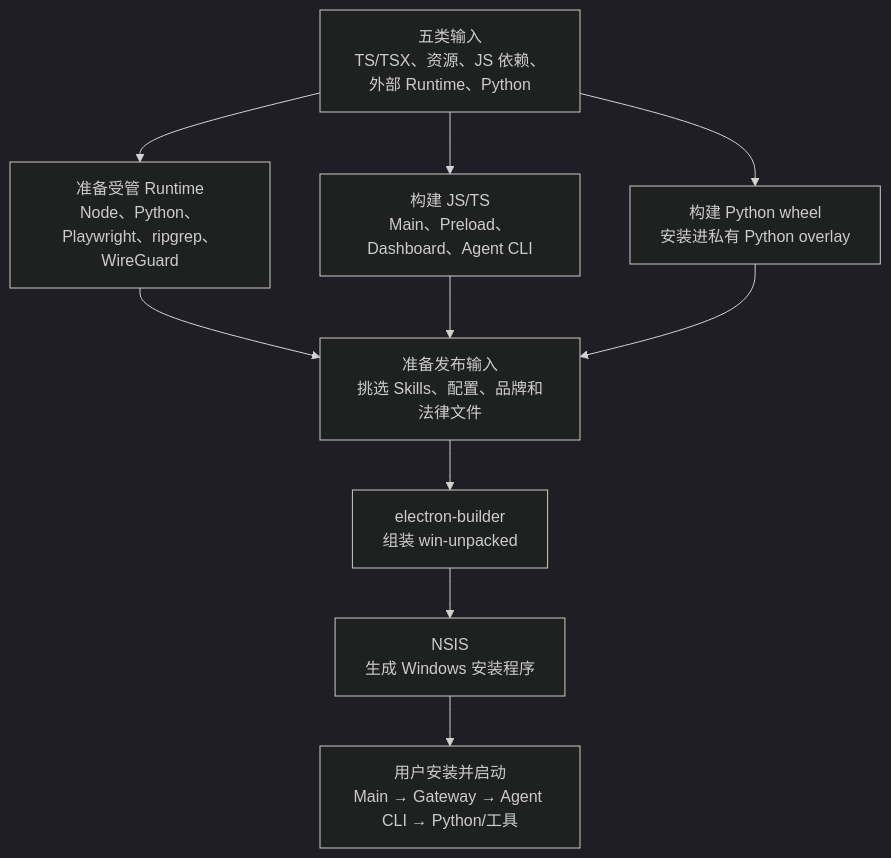
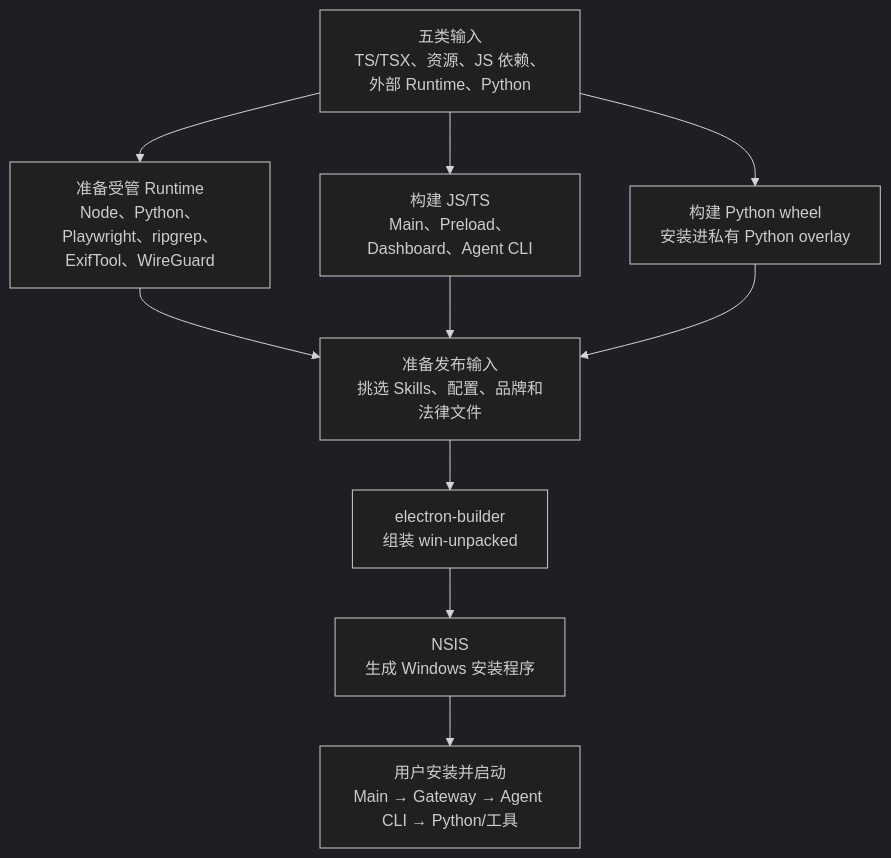
Before and after one commit to LXE123/LXE_AGENT: the first of 2 diagrams in docs/desktop/packaging-pipeline.md, drawn with Mermaid (dark theme). The commit also changed other lines of this file and 36 other files, not shown here.

````diff
--- a/docs/desktop/packaging-pipeline.md
+++ b/docs/desktop/packaging-pipeline.md
@@ -124,21 +125,21 @@
 ```mermaid
 flowchart TD
     SOURCE["五类输入<br/>TS/TSX、资源、JS 依赖、外部 Runtime、Python"]
-    RUNTIME["准备受管 Runtime<br/>Node、Python、Playwright、ripgrep、WireGuard"]
+    RUNTIME["准备受管 Runtime<br/>Node、Python、Playwright、ripgrep、ExifTool、WireGuard"]
     JS["构建 JS/TS<br/>Main、Preload、Dashboard、Agent CLI"]
     PY["构建 Python wheel<br/>安装进私有 Python overlay"]
     INPUTS["准备发布输入<br/>挑选 Skills、配置、品牌和法律文件"]
     BUILDER["electron-builder<br/>组装 win-unpacked"]
     NSIS["NSIS<br/>生成 Windows 安装程序"]
     RUN["用户安装并启动<br/>Main → Gateway → Agent CLI → Python/工具"]
 
     SOURCE --> RUNTIME
     SOURCE --> JS
     SOURCE --> PY
     RUNTIME --> INPUTS
     JS --> INPUTS
     PY --> INPUTS
     INPUTS --> BUILDER
     BUILDER --> NSIS
     NSIS --> RUN
 ```
````
